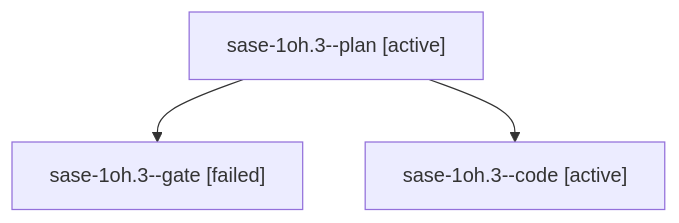
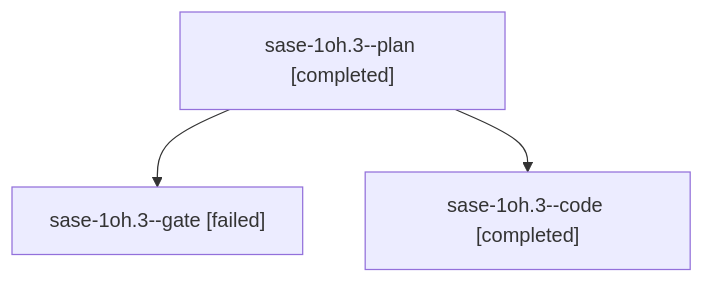
One commit to sase-org/sase--agents changed the diagram in sessions/bbugyi200.athena.sase-1oh.3.md. Above: the diagram before and after it, drawn with Mermaid. The commit also changed other lines of this file and 71 other files, not shown here.

````diff
--- a/sessions/bbugyi200.athena.sase-1oh.3.md
+++ b/sessions/bbugyi200.athena.sase-1oh.3.md
@@ -9,8 +9,8 @@
 ```mermaid
 flowchart TD
-  n0["sase-1oh.3--plan [active]"]
+  n0["sase-1oh.3--plan [completed]"]
   n1["sase-1oh.3--gate [failed]"]
   n0 --> n1
-  n2["sase-1oh.3--code [active]"]
+  n2["sase-1oh.3--code [completed]"]
   n0 --> n2
 ```
````
